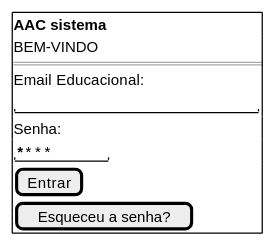
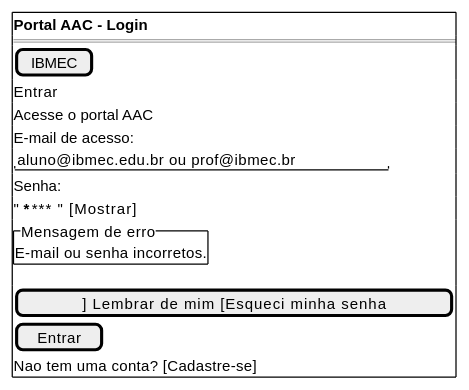
Before and after one commit to Projetos-de-Extensao/PECD1_26.1_8001_II: the first of 13 diagrams in docs/_Design Thinking/prototipo_baixa_fidelidade.md, drawn with PlantUML. The commit also changed other lines of this file, not shown here.

````diff
--- a/docs/_Design Thinking/prototipo_baixa_fidelidade.md
+++ b/docs/_Design Thinking/prototipo_baixa_fidelidade.md
@@ -27,15 +43,28 @@
 ```plantuml
 @startsalt
 {+
-<b>AAC sistema
-BEM-VINDO
+<b>Portal AAC - Login
 ==
-Email Educacional:
-"                        "
+[ IBMEC ]
+
+Entrar
+Acesse o portal AAC
+
+E-mail de acesso:
+" aluno@ibmec.edu.br ou prof@ibmec.br "
+
 Senha:
-"******** "
-[Entrar]
-[Esqueceu a senha?]
+" ******** " [Mostrar]
+
+{^"Mensagem de erro"
+E-mail ou senha incorretos.
+}
+
+[ ] Lembrar de mim      [Esqueci minha senha]
+
+[ Entrar ]
+
+Nao tem uma conta? [Cadastre-se]
 }
 @endsalt
 ```
````
